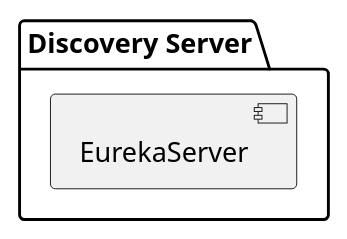
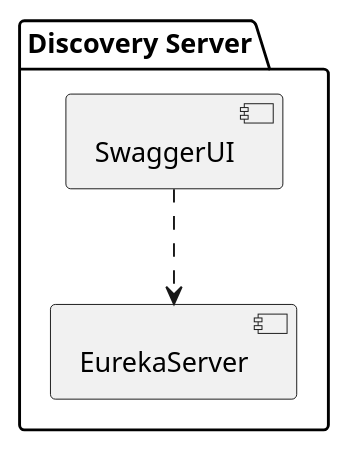
One commit to msamia/rrhh changed the diagram in servidor-para-descubrimiento/docs/uml/local/component/discovery_component.puml. Above: the diagram before and after it, drawn with PlantUML. The commit also changed 21 other files, not shown here.

```diff
--- a/servidor-para-descubrimiento/docs/uml/local/component/discovery_component.puml
+++ b/servidor-para-descubrimiento/docs/uml/local/component/discovery_component.puml
@@ -1,5 +1,6 @@
 @startuml
 package "Discovery Server" {
+  [SwaggerUI] ..> [EurekaServer]
   [EurekaServer]
 }
 @enduml
```
